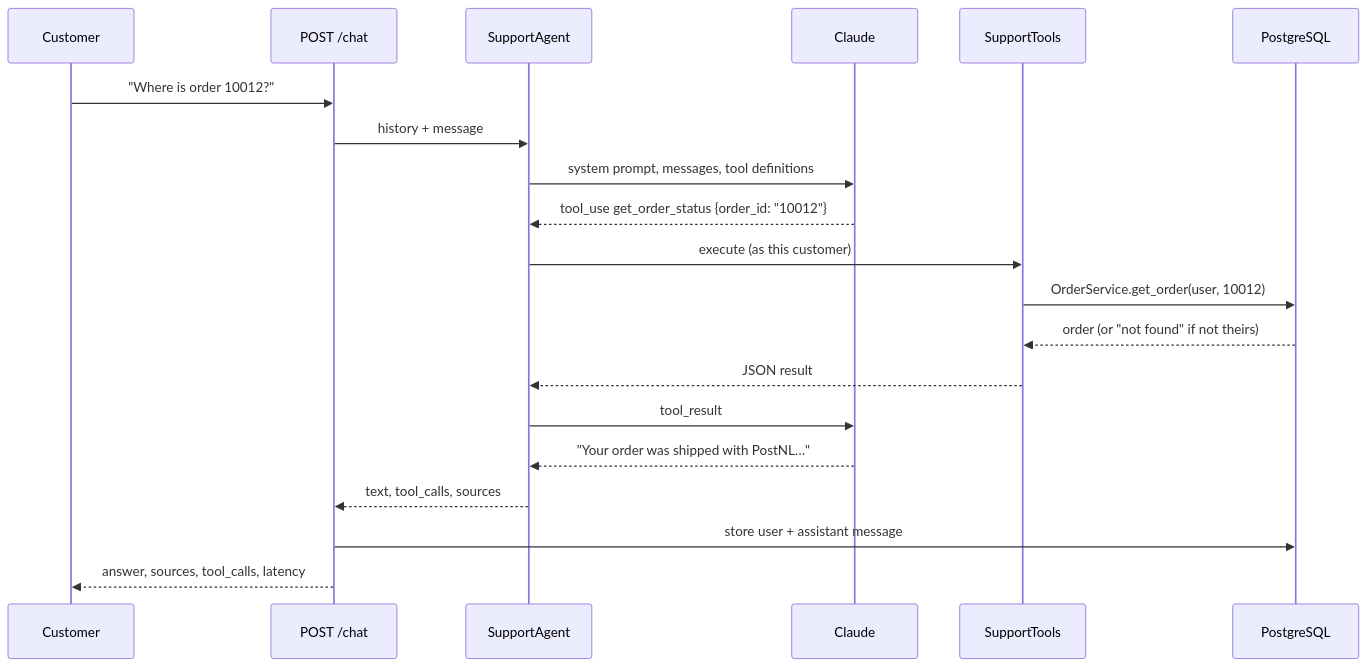
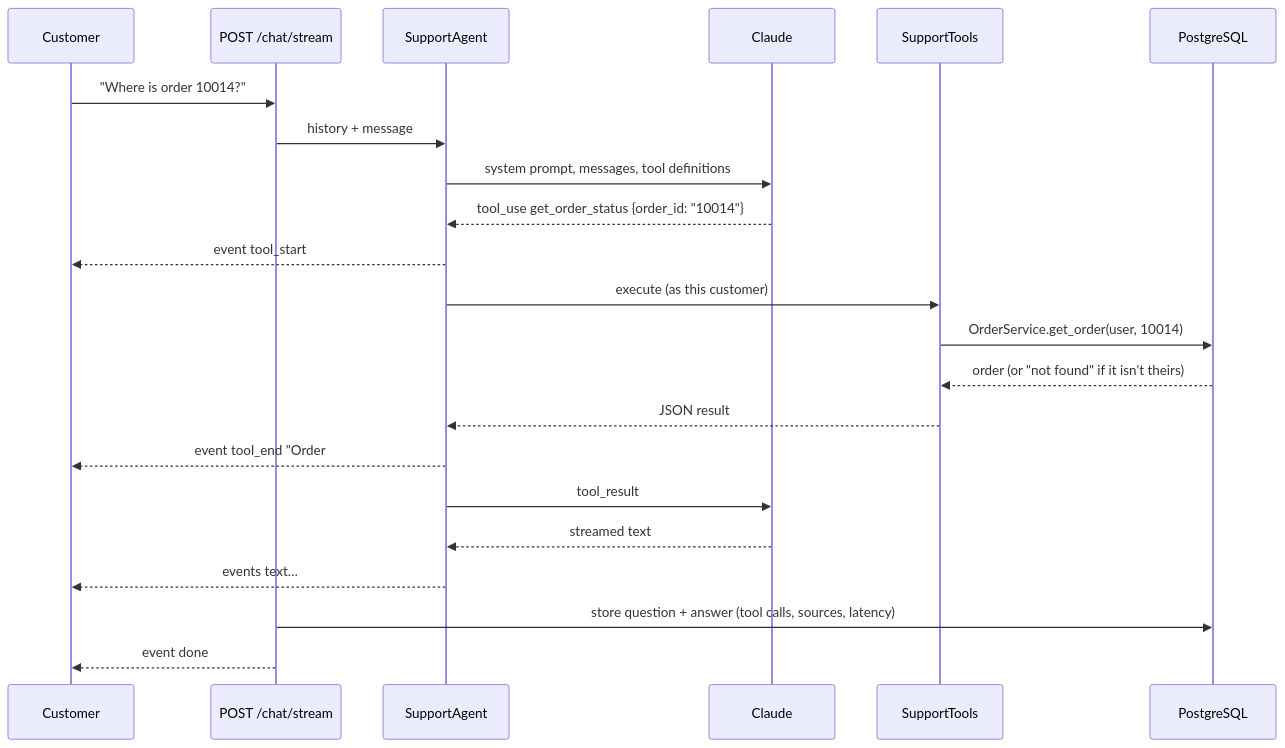
Before and after one commit to InviXtaHydra/invixta: the third of 3 diagrams in README.md, drawn with Mermaid. The commit also changed other lines of this file and 7 other files, not shown here.

````diff
--- a/README.md
+++ b/README.md
@@ -168,22 +271,24 @@
 ```mermaid
 sequenceDiagram
     participant C as Customer
-    participant API as POST /chat
+    participant API as POST /chat/stream
     participant A as SupportAgent
     participant L as Claude
     participant T as SupportTools
     participant DB as PostgreSQL
-    C->>API: "Where is order 10012?"
+    C->>API: "Where is order 10014?"
     API->>A: history + message
     A->>L: system prompt, messages, tool definitions
-    L-->>A: tool_use get_order_status {order_id: "10012"}
+    L-->>A: tool_use get_order_status {order_id: "10014"}
+    A-->>C: event tool_start
     A->>T: execute (as this customer)
-    T->>DB: OrderService.get_order(user, 10012)
-    DB-->>T: order (or "not found" if not theirs)
+    T->>DB: OrderService.get_order(user, 10014)
+    DB-->>T: order (or "not found" if it isn't theirs)
     T-->>A: JSON result
+    A-->>C: event tool_end "Order #10014: shipped"
     A->>L: tool_result
-    L-->>A: "Your order was shipped with PostNL…"
-    A-->>API: text, tool_calls, sources
-    API->>DB: store user + assistant message
-    API-->>C: answer, sources, tool_calls, latency
+    L-->>A: streamed text
+    A-->>C: events text…
+    API->>DB: store question + answer (tool calls, sources, latency)
+    API-->>C: event done
 ```
````
